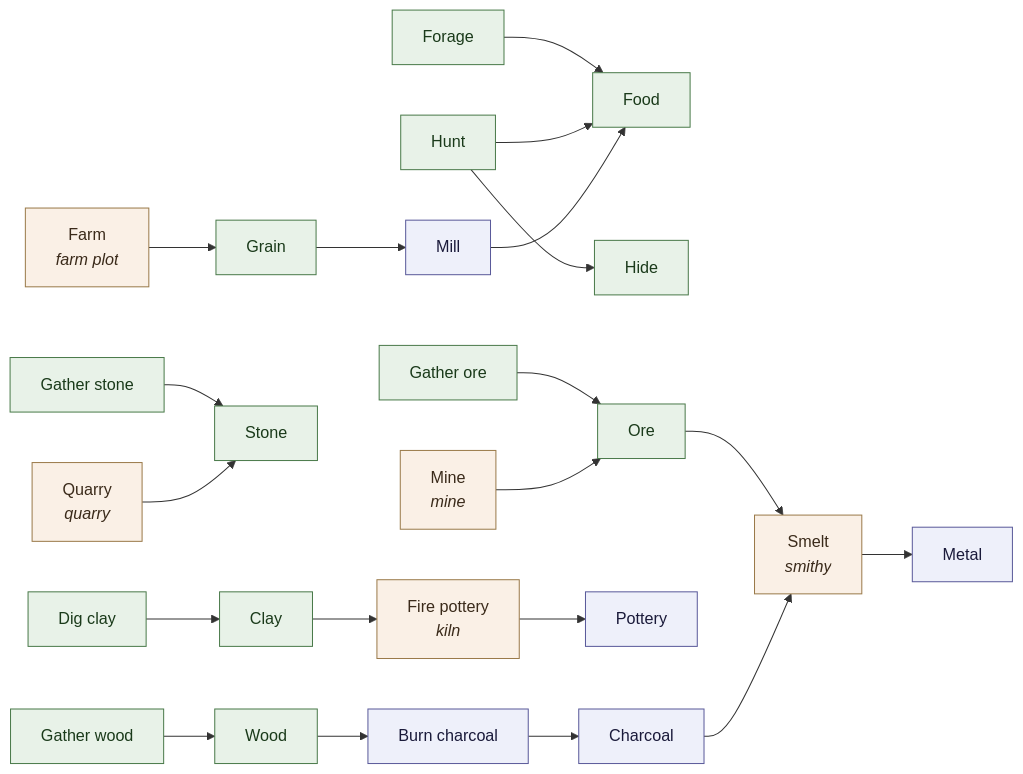
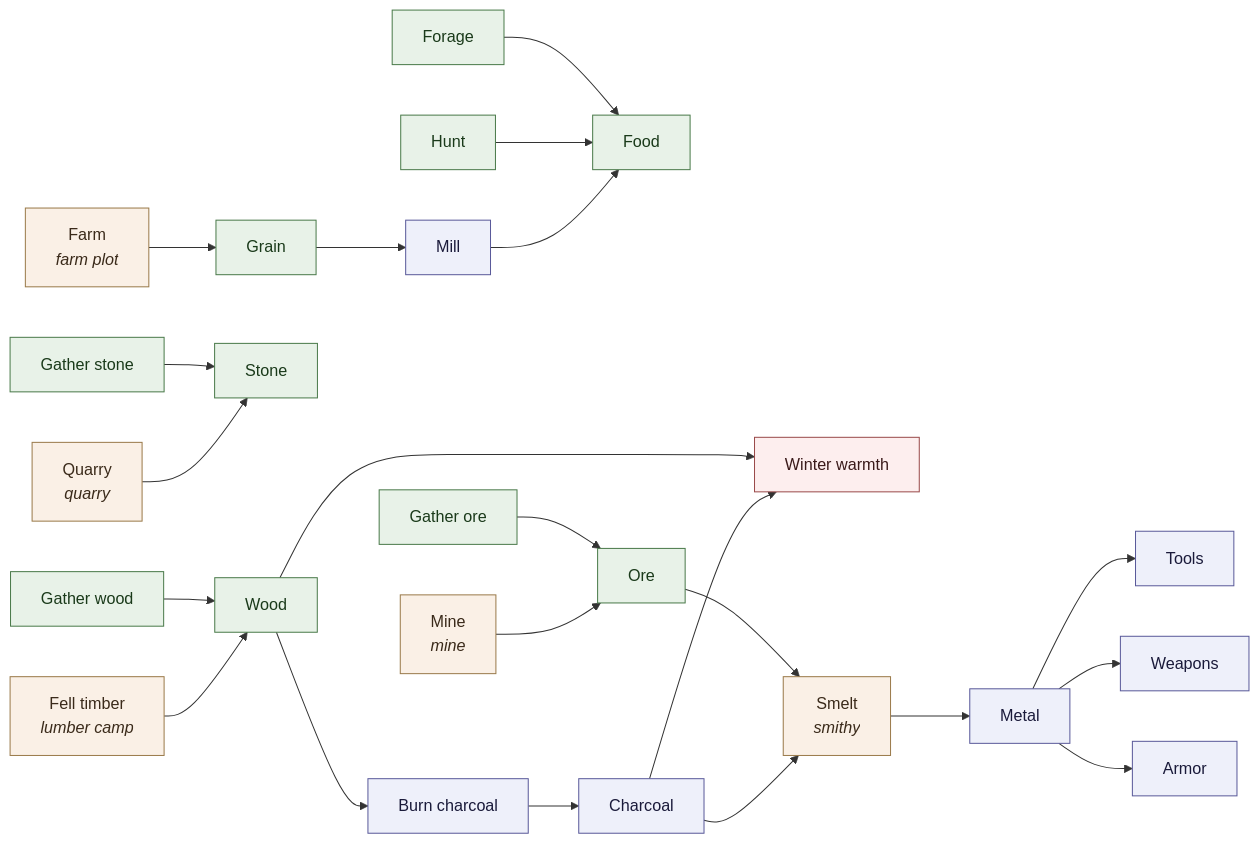
One commit to zhollis21/KingdomWatch changed the first of 2 diagrams in docs/design/kingdom-watch-economy-ladder.md. Above: the diagram before and after it, drawn with Mermaid. The commit also changed other lines of this file and 1 other file, not shown here.

````diff
--- a/docs/design/kingdom-watch-economy-ladder.md
+++ b/docs/design/kingdom-watch-economy-ladder.md
@@ -301,24 +482,29 @@
 ```mermaid
 flowchart LR
   classDef gathered fill:#e8f2e8,stroke:#4a7a4a,color:#1a3a1a
   classDef crafted fill:#eef0fa,stroke:#5a5a9a,color:#1a1a3a
   classDef built fill:#faf0e6,stroke:#9a7a4a,color:#3a2a1a
+  classDef sink fill:#fdeeee,stroke:#9a4a4a,color:#3a1a1a
 
   Forage["Forage"]:::gathered --> Food["Food"]:::gathered
   Hunt["Hunt"]:::gathered --> Food
-  Hunt --> Hide["Hide"]:::gathered
   GW["Gather wood"]:::gathered --> Wood["Wood"]:::gathered
+  FT["Fell timber<br/><i>lumber camp</i>"]:::built --> Wood
   GS["Gather stone"]:::gathered --> Stone["Stone"]:::gathered
-  DC["Dig clay"]:::gathered --> Clay["Clay"]:::gathered
+  QuarryR["Quarry<br/><i>quarry</i>"]:::built --> Stone
+  GO["Gather ore"]:::gathered --> Ore["Ore"]:::gathered
+  MineR["Mine<br/><i>mine</i>"]:::built --> Ore
 
   Farm["Farm<br/><i>farm plot</i>"]:::built --> Grain["Grain"]:::gathered
   Grain --> Mill["Mill"]:::crafted --> Food
 
   Wood --> Burn["Burn charcoal"]:::crafted --> Charcoal["Charcoal"]:::crafted
-  Clay --> Fire["Fire pottery<br/><i>kiln</i>"]:::built --> Pottery["Pottery"]:::crafted
-  Quarry["Quarry<br/><i>quarry</i>"]:::built --> Stone
-  GO["Gather ore"]:::gathered --> Ore["Ore"]:::gathered
-  Mine["Mine<br/><i>mine</i>"]:::built --> Ore
+  Wood --> Warmth["Winter warmth"]:::sink
+  Charcoal --> Warmth
+
   Ore --> Smelt["Smelt<br/><i>smithy</i>"]:::built
   Charcoal --> Smelt --> Metal["Metal"]:::crafted
+  Metal --> Tools["Tools"]:::crafted
+  Metal --> Weapons["Weapons"]:::crafted
+  Metal --> Armor["Armor"]:::crafted
 ```
````
